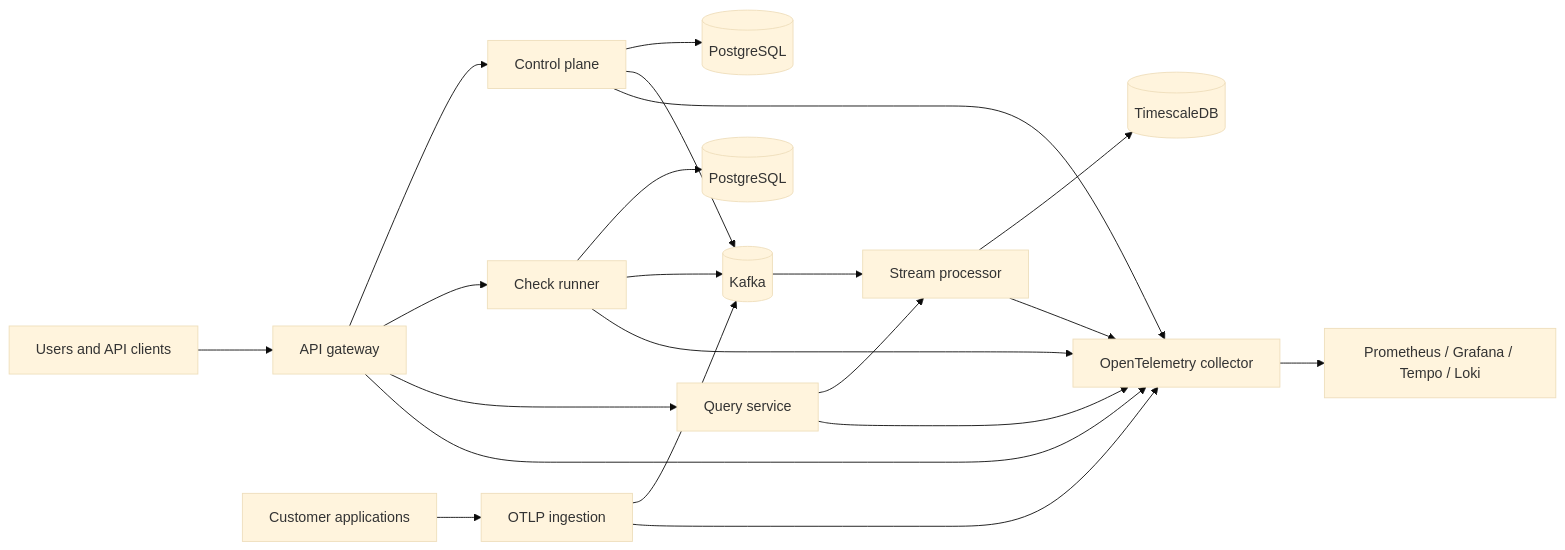
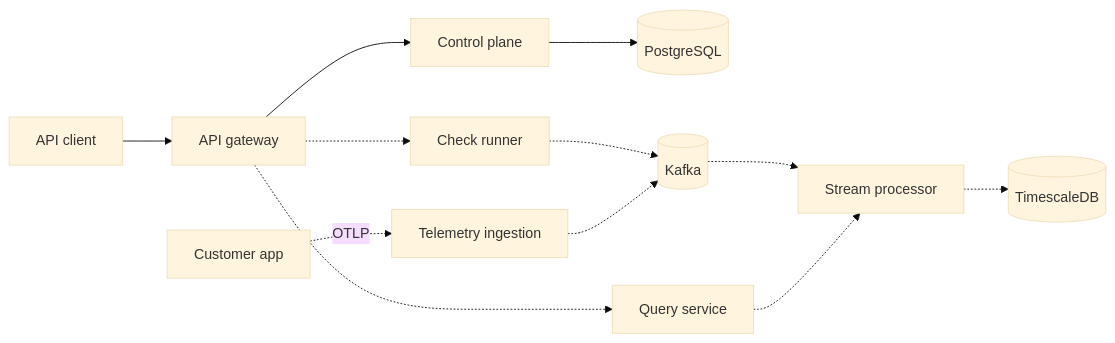
One commit to bytepharaoh/infrapilot changed the diagram in README.md. Above: the diagram before and after it, drawn with Mermaid (base theme). The commit also changed other lines of this file and 1 other file, not shown here.

````diff
--- a/README.md
+++ b/README.md
@@ -19,18 +19,14 @@
 ```mermaid
 flowchart LR
-    Client[Users and API clients] --> Gateway[API gateway]
+    User[API client] --> Gateway[API gateway]
     Gateway --> Control[Control plane]
-    Gateway --> Checks[Check runner]
-    Gateway --> Query[Query service]
-    Apps[Customer applications] --> Ingest[OTLP ingestion]
     Control --> PG[(PostgreSQL)]
-    Checks --> CheckDB[(PostgreSQL)]
-    Control --> Kafka[(Kafka)]
-    Checks --> Kafka
-    Ingest --> Kafka
-    Kafka --> Stream[Stream processor]
-    Stream --> TS[(TimescaleDB)]
-    Query --> Stream
-    Gateway & Control & Checks & Query & Ingest & Stream --> OTel[OpenTelemetry collector]
-    OTel --> Obs[Prometheus / Grafana / Tempo / Loki]
+    Gateway -.-> Checks[Check runner]
+    Gateway -.-> Query[Query service]
+    App[Customer app] -. OTLP .-> Ingest[Telemetry ingestion]
+    Checks -.-> Kafka[(Kafka)]
+    Ingest -.-> Kafka
+    Kafka -.-> Processor[Stream processor]
+    Processor -.-> Timescale[(TimescaleDB)]
+    Query -.-> Processor
 ```
````
